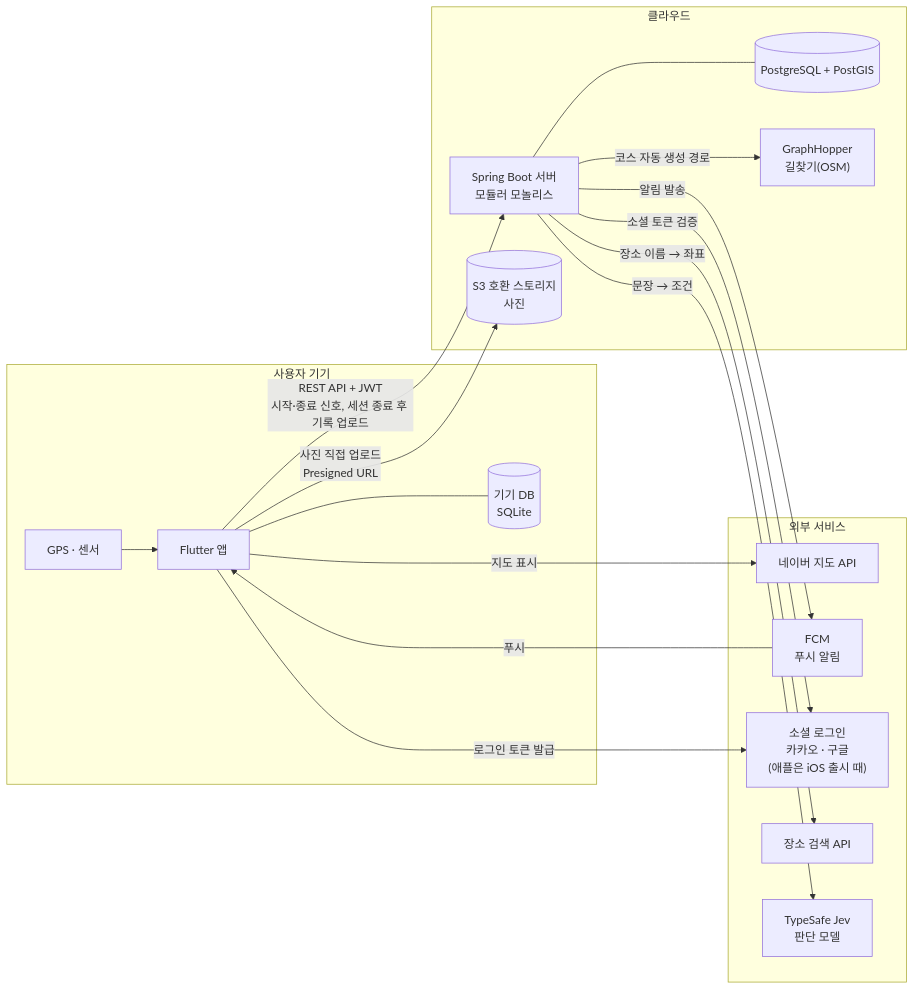
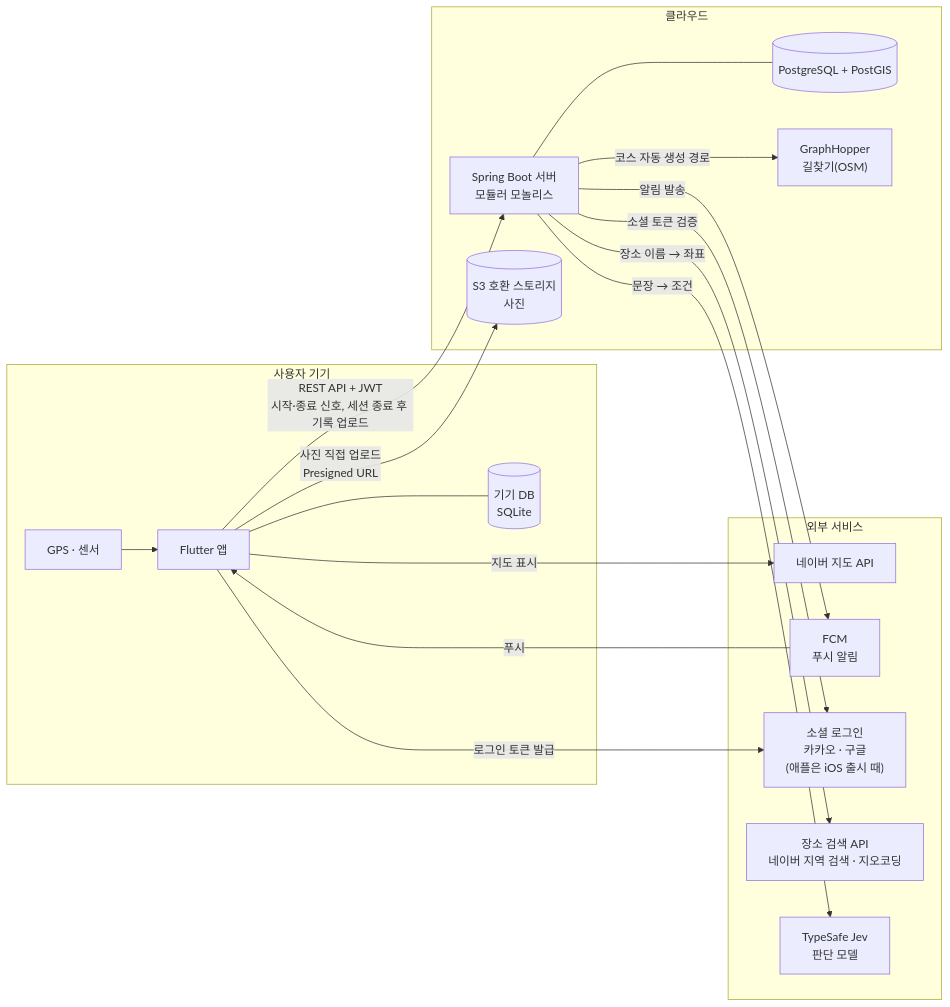
The first of 4 diagrams in 개발 정책 v3.md (SunMoonUniv/WADADAK), drawn with Mermaid before and after one commit. The commit also changed other lines of this file, not shown here.

Commit message:
docs: 장소 검색 제공사(네이버 지역 검색 · NCP 지오코딩)를 개발 정책 구성에 적는다

````diff
--- a/개발 정책 v3.md
+++ b/개발 정책 v3.md
@@ -27,37 +27,37 @@
 ```mermaid
 flowchart LR
     subgraph Device["사용자 기기"]
         App["Flutter 앱"]
         LocalDB[("기기 DB<br/>SQLite")]
         GPS["GPS · 센서"]
         App --- LocalDB
         GPS --> App
     end
 
     subgraph External["외부 서비스"]
         NaverMap["네이버 지도 API"]
         FCM["FCM<br/>푸시 알림"]
         Social["소셜 로그인<br/>카카오 · 구글<br/>(애플은 iOS 출시 때)"]
-        PlaceSearch["장소 검색 API"]
+        PlaceSearch["장소 검색 API<br/>네이버 지역 검색 · 지오코딩"]
         Jev["TypeSafe Jev<br/>판단 모델"]
     end
 
     subgraph Cloud["클라우드"]
         Server["Spring Boot 서버<br/>모듈러 모놀리스"]
         DB[("PostgreSQL + PostGIS")]
         Storage[("S3 호환 스토리지<br/>사진")]
         Routing["GraphHopper<br/>길찾기(OSM)"]
         Server --- DB
         Server -->|"코스 자동 생성 경로"| Routing
     end
 
     App -->|"지도 표시"| NaverMap
     App -->|"로그인 토큰 발급"| Social
     App -->|"REST API + JWT<br/>시작·종료 신호, 세션 종료 후 기록 업로드"| Server
     App -->|"사진 직접 업로드<br/>Presigned URL"| Storage
     Server -->|"소셜 토큰 검증"| Social
     Server -->|"알림 발송"| FCM
     Server -->|"장소 이름 → 좌표"| PlaceSearch
     Server -->|"문장 → 조건"| Jev
     FCM -->|"푸시"| App
 ```
````
